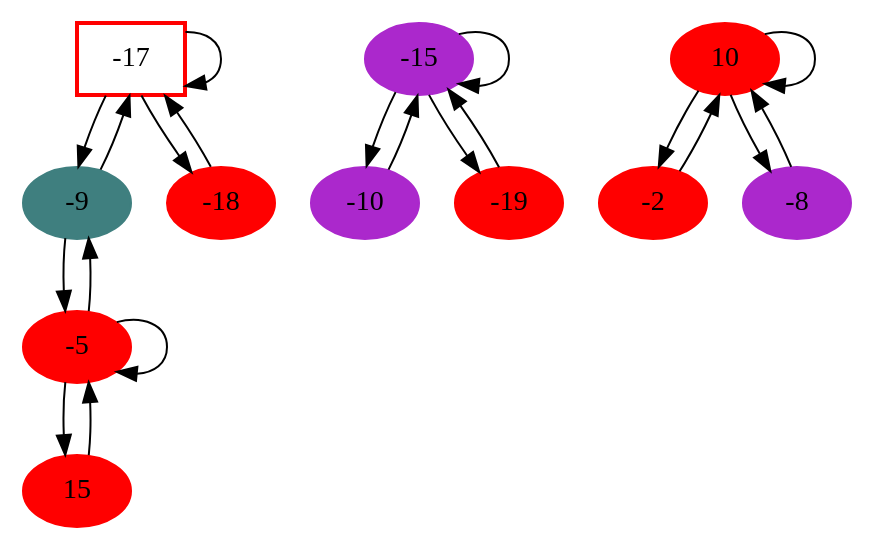
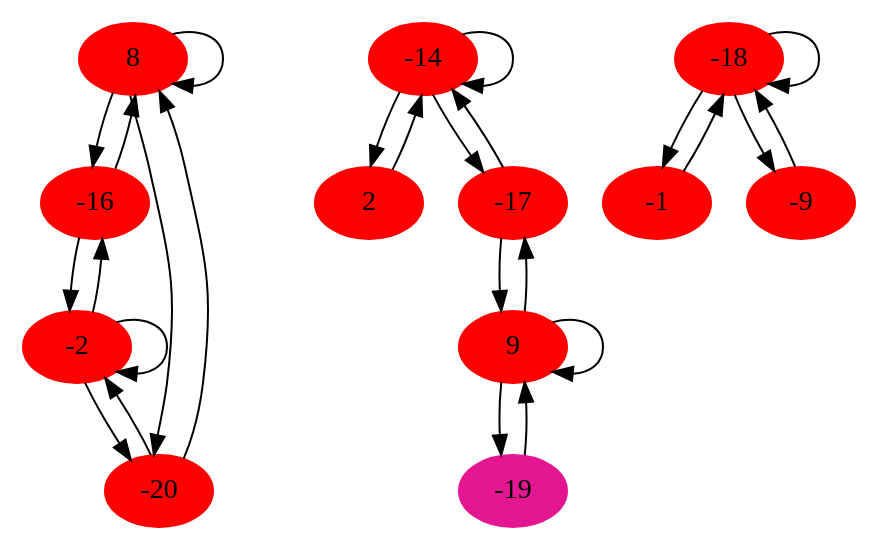
One commit to fpirot/dpll changed the diagram in Graph/graph1.dot. Above: the diagram before and after it, drawn with Graphviz. The commit also changed 167 other files, not shown here.

```diff
--- a/Graph/graph1.dot
+++ b/Graph/graph1.dot
@@ -1,36 +1,43 @@
 digraph G {
 size ="20, 20";
--17[shape=box,style=bold,color="1.700000 1.700000 1.700000"];
-node [style=filled,color="1.500000 1.500000 1.500000"];
--5 -> -5;
-node [style=filled,color="0.500000 0.500000 0.500000"];
--5 -> -9;
-node [style=filled,color="1.000000 1.000000 1.000000"];
--5 -> 15;
-node [style=filled,color="0.800000 0.800000 0.800000"];
--15 -> -10;
-node [style=filled,color="1.000000 1.000000 1.000000"];
--15 -> -15;
-node [style=filled,color="1.500000 1.500000 1.500000"];
--15 -> -19;
-node [style=filled,color="1.000000 1.000000 1.000000"];
-10 -> -2;
-node [style=filled,color="0.800000 0.800000 0.800000"];
-10 -> -8;
-node [style=filled,color="0.800000 0.800000 0.800000"];
-10 -> 10;
-node [style=filled,color="0.500000 0.500000 0.500000"];
--17 -> -9;
+node [style=filled,color="2.000000 2.000000 2.000000"];
+8 -> 8;
+node [style=filled,color="2.000000 2.000000 2.000000"];
+8 -> -16;
+node [style=filled,color="2.000000 2.000000 2.000000"];
+8 -> -20;
+node [style=filled,color="2.000000 2.000000 2.000000"];
+-14 -> 2;
+node [style=filled,color="0.200000 0.200000 0.200000"];
+-14 -> -14;
+node [style=filled,color="1.400000 1.400000 1.400000"];
+-14 -> -17;
+node [style=filled,color="2.000000 2.000000 2.000000"];
+-2 -> -2;
+node [style=filled,color="2.000000 2.000000 2.000000"];
+-2 -> -16;
+node [style=filled,color="2.000000 2.000000 2.000000"];
+-2 -> -20;
+node [style=filled,color="1.800000 1.800000 1.800000"];
+-18 -> -1;
+node [style=filled,color="1.700000 1.700000 1.700000"];
+-18 -> -9;
 node [style=filled,color="0.900000 0.900000 0.900000"];
--17 -> -17;
+-18 -> -18;
 node [style=filled,color="1.700000 1.700000 1.700000"];
--17 -> -18;
+9 -> 9;
+node [style=filled,color="1.400000 1.400000 1.400000"];
+9 -> -17;
+node [style=filled,color="0.900000 0.900000 0.900000"];
+9 -> -19;
 node [style=solid,color="grey"];
--9 -> -5;
-15 -> -5;
--10 -> -15;
--19 -> -15;
--2 -> 10;
--8 -> 10;
--9 -> -17;
--18 -> -17;}
+-16 -> 8;
+-20 -> 8;
+2 -> -14;
+-17 -> -14;
+-16 -> -2;
+-20 -> -2;
+-1 -> -18;
+-9 -> -18;
+-17 -> 9;
+-19 -> 9;}
```
